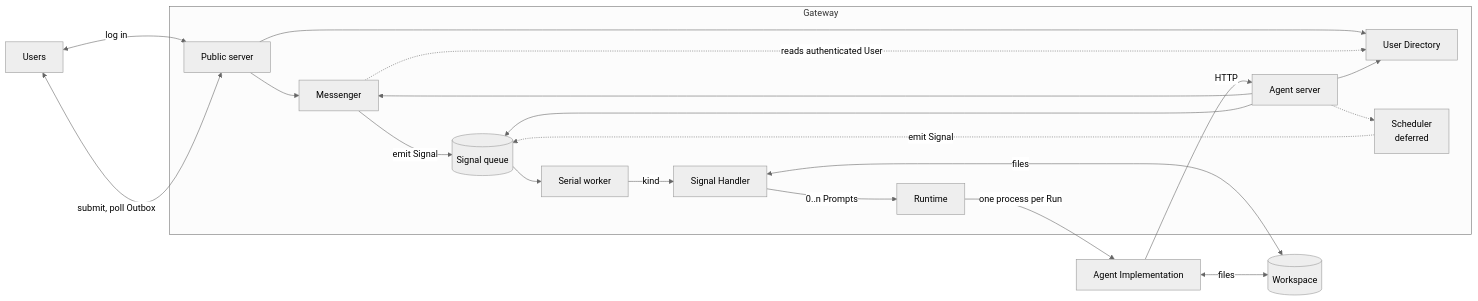
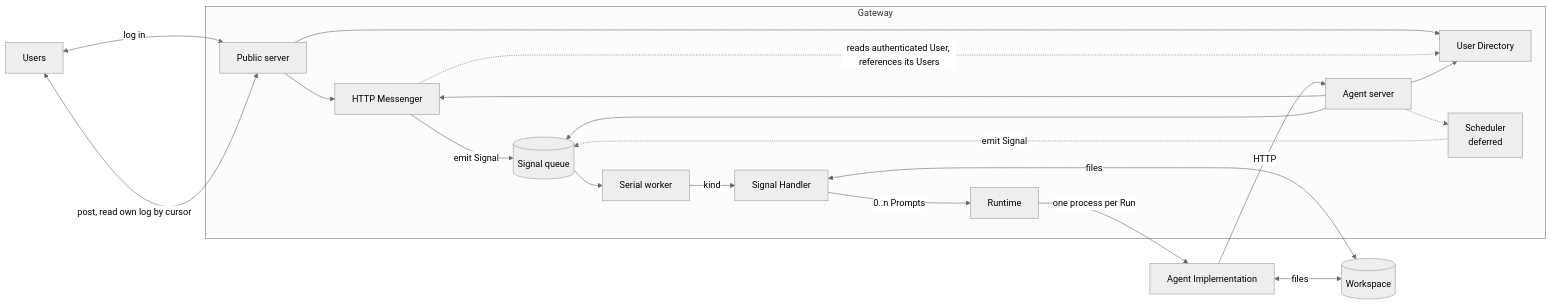
The diagram in docs/architecture.md (shutter-network/concorde), drawn with Mermaid (neutral theme) before and after one commit. The commit also changed other lines of this file and 8 other files, not shown here.

First line of the commit message:
docs: the HTTP Messenger overturns three settled decisions

````diff
--- a/docs/architecture.md
+++ b/docs/architecture.md
@@ -21,24 +21,24 @@
 ```mermaid
 flowchart LR
     U[Users] <-->|log in| P[Public server]
-    U <-->|submit, poll Outbox| P
+    U <-->|post, read own log by cursor| P
     subgraph GW[Gateway]
       P --> UD[User Directory]
-      P --> M[Messenger]
-      M -.->|reads authenticated User| UD
+      P --> M[HTTP Messenger]
+      M -.->|reads authenticated User, references its Users| UD
       M -->|emit Signal| Q[(Signal queue)]
       S[Scheduler<br/>deferred] -.->|emit Signal| Q
       Q --> W[Serial worker]
       W -->|kind| H[Signal Handler]
       H -->|0..n Prompts| RA[Runtime]
       AS[Agent server]
       AS --> M
       AS --> UD
       AS -.-> S
       AS --> Q
     end
     RA -->|one process per Run| AR[Agent Implementation]
     AR -->|HTTP| AS
     H <-->|files| WS[(Workspace)]
     AR <-->|files| WS
 ```
````
